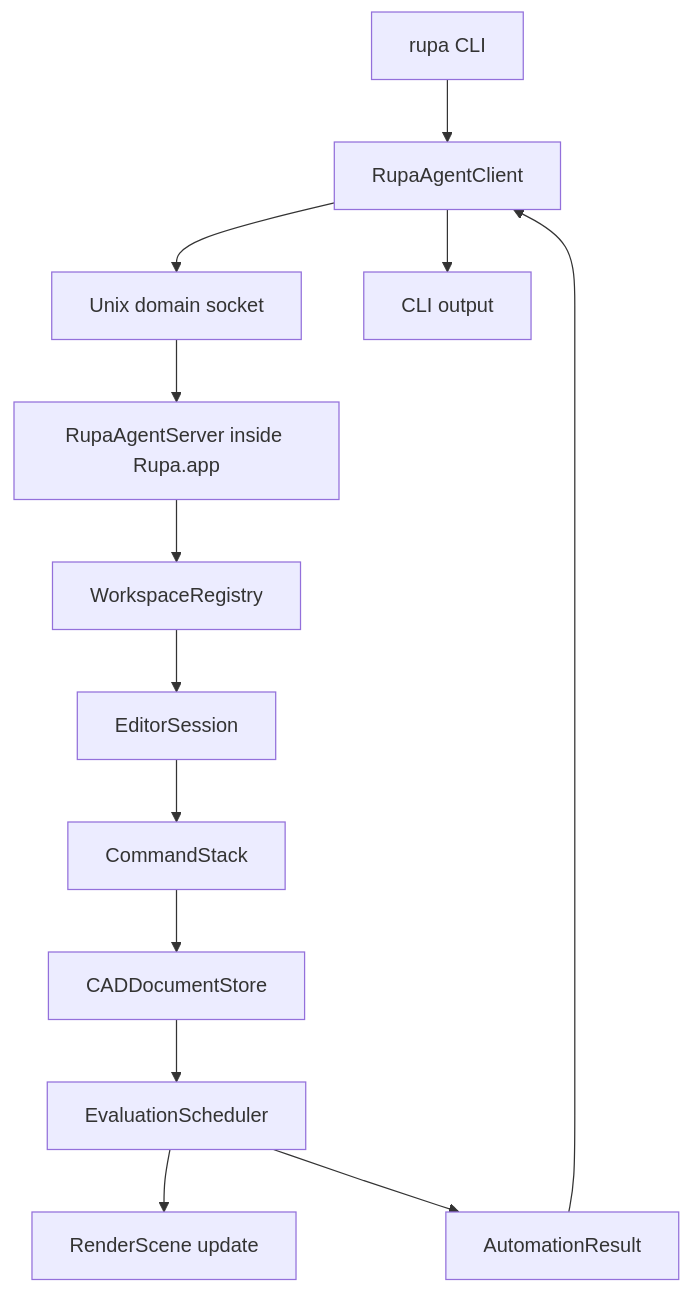
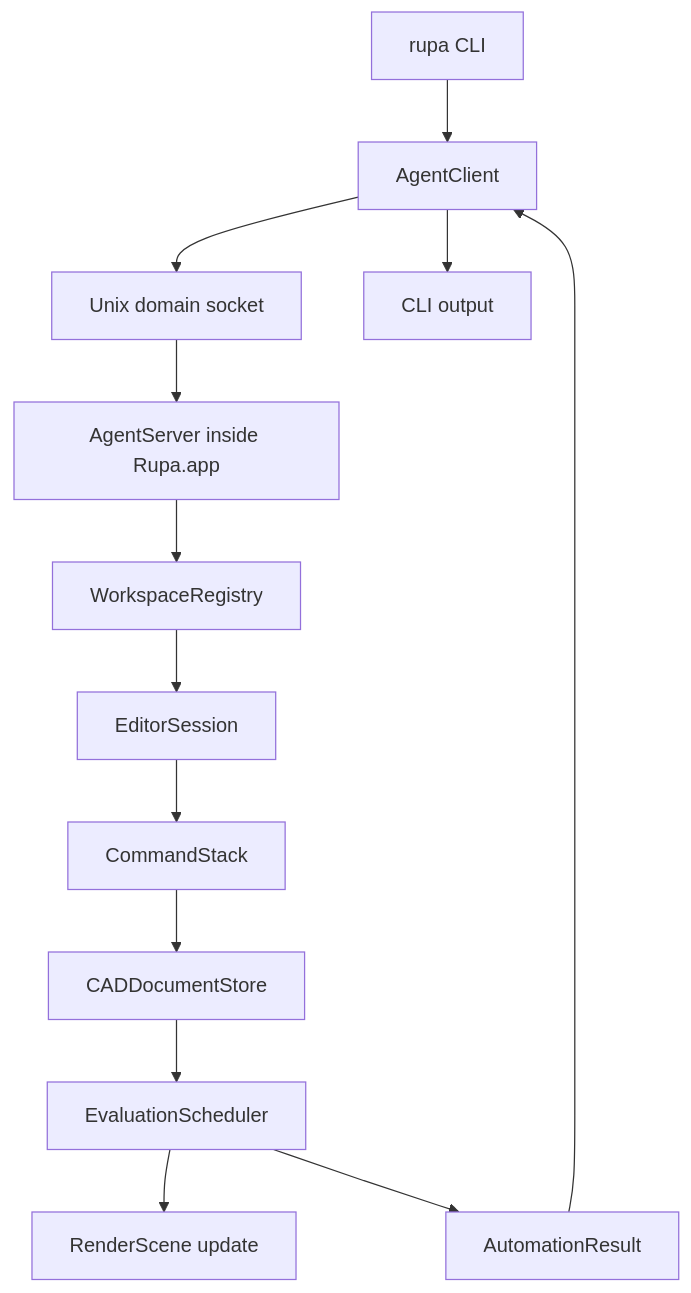
Diagram 18 of 20 in Rupa/SPEC.md (1amageek/Rupa), drawn with Mermaid before and after one commit. The commit also changed other lines of this file and 153 other files, not shown here.

````diff
--- a/Rupa/SPEC.md
+++ b/Rupa/SPEC.md
@@ -828,15 +909,15 @@
 ```mermaid
 flowchart TD
-    CLI["rupa CLI"] --> Client["RupaAgentClient"]
+    CLI["rupa CLI"] --> Client["AgentClient"]
     Client --> IPC["Unix domain socket"]
-    IPC --> Server["RupaAgentServer inside Rupa.app"]
+    IPC --> Server["AgentServer inside Rupa.app"]
     Server --> Registry["WorkspaceRegistry"]
     Registry --> Session["EditorSession"]
     Session --> Stack["CommandStack"]
     Stack --> Store["CADDocumentStore"]
     Store --> Eval["EvaluationScheduler"]
     Eval --> Render["RenderScene update"]
     Eval --> Result["AutomationResult"]
     Result --> Client
     Client --> Output["CLI output"]
 ```
````
